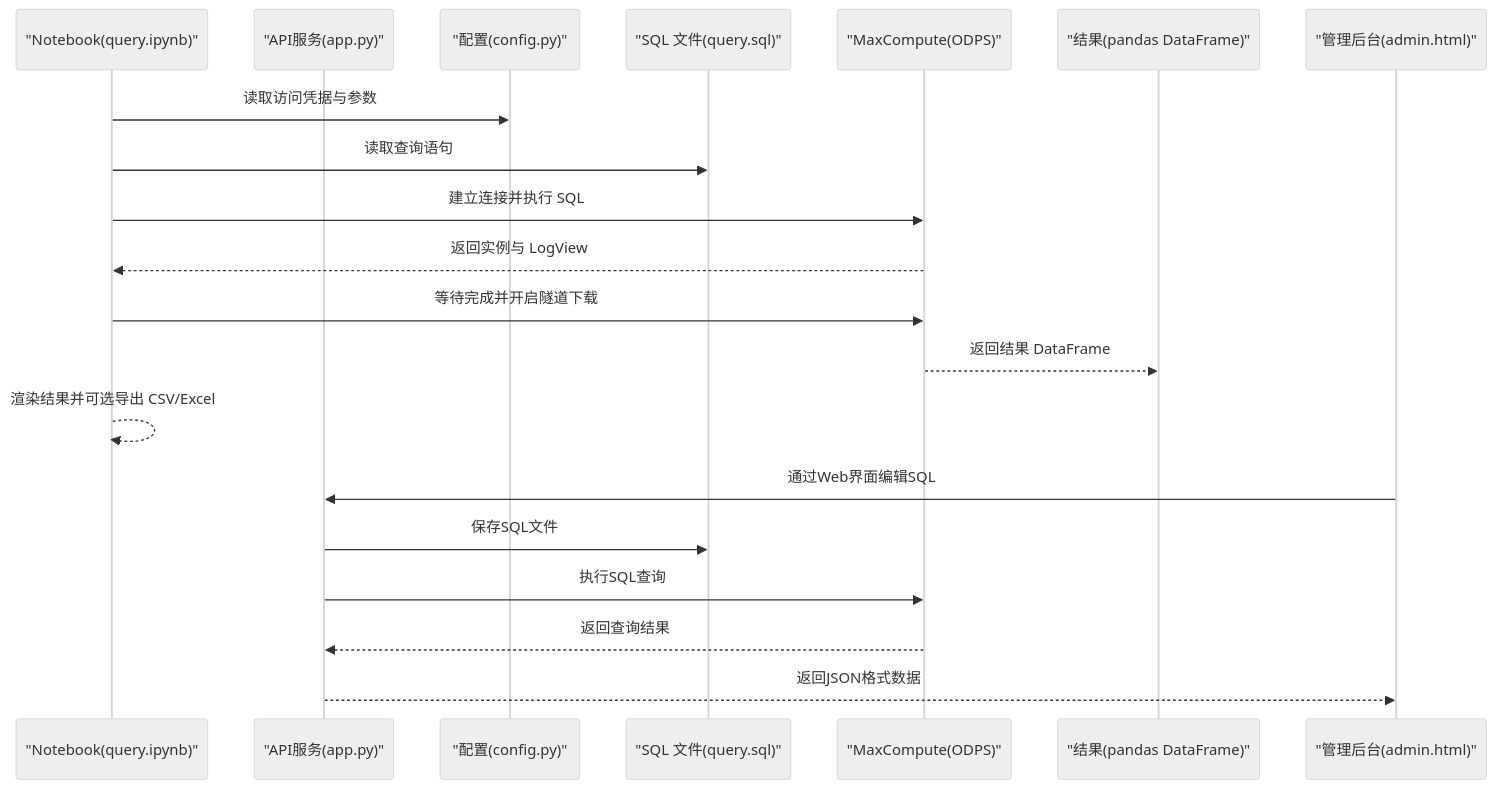
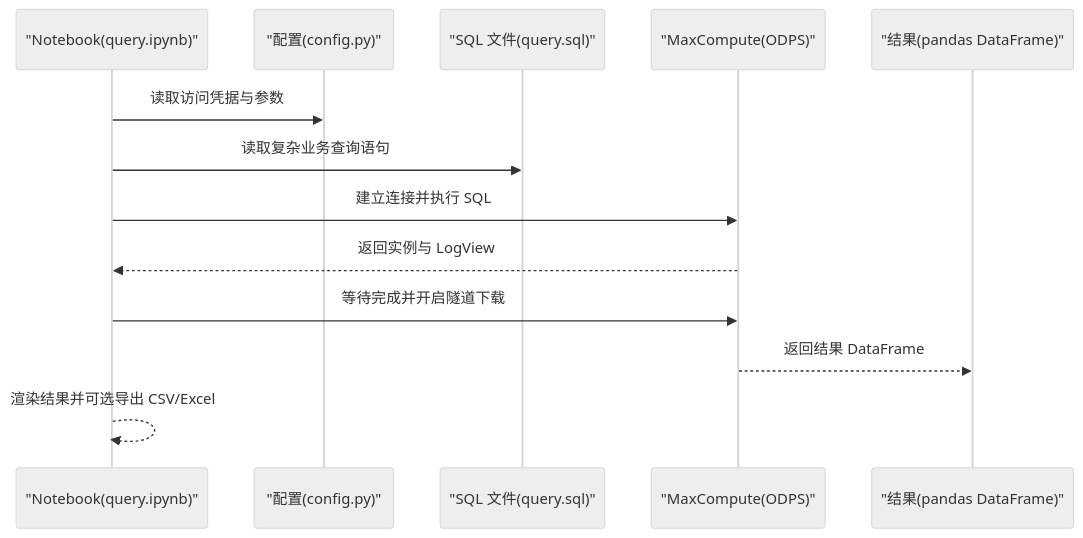
Before and after one commit to sd99886/test: the second of 3 diagrams in .qoder/repowiki/zh/content/快速开始.md, drawn with Mermaid (neutral theme). The commit also changed other lines of this file and 195 other files, not shown here.

````diff
--- a/.qoder/repowiki/zh/content/快速开始.md
+++ b/.qoder/repowiki/zh/content/快速开始.md
@@ -123,22 +87,15 @@
 ```mermaid
 sequenceDiagram
 participant NB as "Notebook(query.ipynb)"
-participant API as "API服务(app.py)"
 participant CFG as "配置(config.py)"
 participant SQL as "SQL 文件(query.sql)"
 participant MC as "MaxCompute(ODPS)"
 participant DF as "结果(pandas DataFrame)"
-participant WEB as "管理后台(admin.html)"
 NB->>CFG : 读取访问凭据与参数
-NB->>SQL : 读取查询语句
+NB->>SQL : 读取复杂业务查询语句
 NB->>MC : 建立连接并执行 SQL
 MC-->>NB : 返回实例与 LogView
 NB->>MC : 等待完成并开启隧道下载
 MC-->>DF : 返回结果 DataFrame
 NB-->>NB : 渲染结果并可选导出 CSV/Excel
-WEB->>API : 通过Web界面编辑SQL
-API->>SQL : 保存SQL文件
-API->>MC : 执行SQL查询
-MC-->>API : 返回查询结果
-API-->>WEB : 返回JSON格式数据
 ```
````
